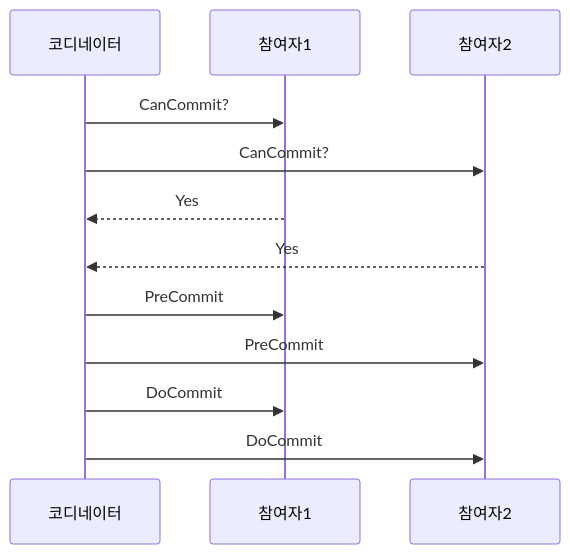
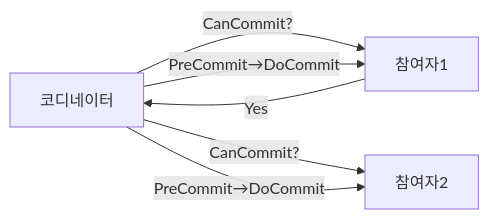
Before and after one commit to yjkim2015/yjkim2015.github.io: the fourth of 14 diagrams in _posts/architecture/2026-05-02-distributed-transaction-deep.md, drawn with Mermaid. The commit also changed other lines of this file and 50 other files, not shown here.

First line of the commit message:
stateDiagram 11개 graph LR 변환 + 테이블 빈 셀 17개 수정

````diff
--- a/_posts/architecture/2026-05-02-distributed-transaction-deep.md
+++ b/_posts/architecture/2026-05-02-distributed-transaction-deep.md
@@ -79,14 +74,8 @@
 ```mermaid
-sequenceDiagram
-    participant C as 코디네이터
-    participant P1 as 참여자1
-    participant P2 as 참여자2
-    C->>P1: CanCommit?
-    C->>P2: CanCommit?
-    P1-->>C: Yes
-    P2-->>C: Yes
-    C->>P1: PreCommit
-    C->>P2: PreCommit
-    C->>P1: DoCommit
-    C->>P2: DoCommit
+graph LR
+    C["코디네이터"] -->|"CanCommit?"| P1["참여자1"]
+    C -->|"CanCommit?"| P2["참여자2"]
+    P1 -->|"Yes"| C
+    C -->|"PreCommit→DoCommit"| P1
+    C -->|"PreCommit→DoCommit"| P2
 ```
````
